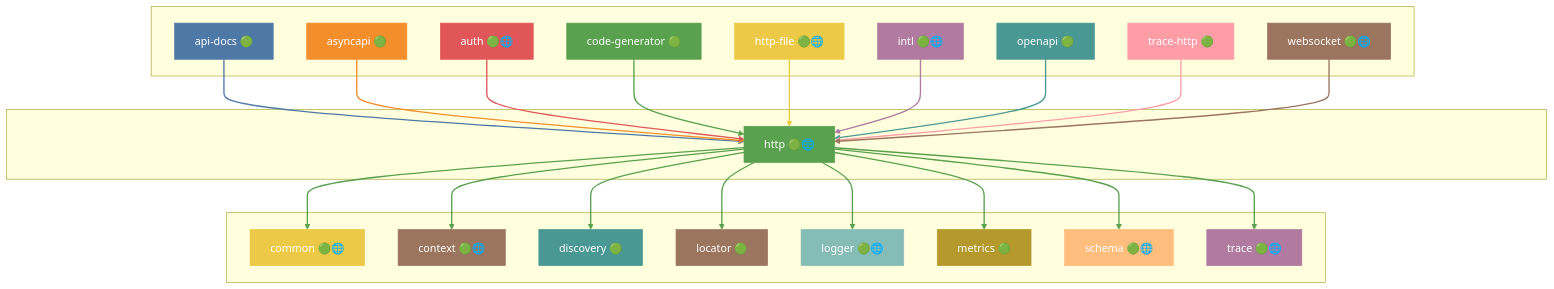
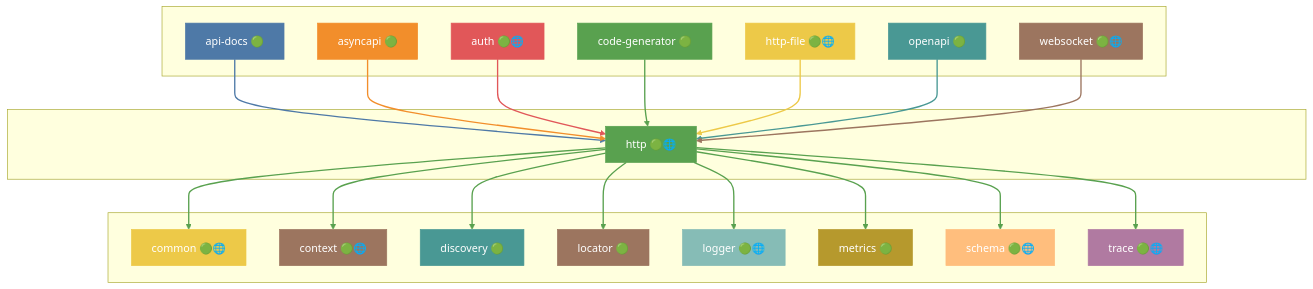
Diagram 24 of 46 in docs/DEPENDENCIES.md (grest-ts/grest-ts), drawn with Mermaid before and after one commit. The commit also changed other lines of this file and 15 other files, not shown here.

First line of the commit message:
Update docs to unified middleware API; refresh dependency graph

````diff
--- a/docs/DEPENDENCIES.md
+++ b/docs/DEPENDENCIES.md
@@ -1139,79 +1157,71 @@
 ```mermaid
 flowchart TB
     subgraph Dependents[" "]
         api-docs["api-docs 🟢"]
         asyncapi["asyncapi 🟢"]
         auth["auth 🟢🌐"]
         code-generator["code-generator 🟢"]
         http-file["http-file 🟢🌐"]
-        intl["intl 🟢🌐"]
         openapi["openapi 🟢"]
-        trace-http["trace-http 🟢"]
         websocket["websocket 🟢🌐"]
     end
     subgraph Package[" "]
         http["http 🟢🌐"]
     end
     subgraph Dependencies[" "]
         common["common 🟢🌐"]
         context["context 🟢🌐"]
         discovery["discovery 🟢"]
         locator["locator 🟢"]
         logger["logger 🟢🌐"]
         metrics["metrics 🟢"]
         schema["schema 🟢🌐"]
         trace["trace 🟢🌐"]
     end
     api-docs --> http
     asyncapi --> http
     auth --> http
     code-generator --> http
     http-file --> http
-    intl --> http
     openapi --> http
-    trace-http --> http
     websocket --> http
     http --> common
     http --> context
     http --> discovery
     http --> locator
     http --> logger
     http --> metrics
     http --> schema
     http --> trace
     style http fill:#59A14F,stroke:#59A14F,color:#fff
     style api-docs fill:#4E79A7,stroke:#4E79A7,color:#fff
     style asyncapi fill:#F28E2B,stroke:#F28E2B,color:#fff
     style auth fill:#E15759,stroke:#E15759,color:#fff
     style code-generator fill:#59A14F,stroke:#59A14F,color:#fff
     style http-file fill:#EDC948,stroke:#EDC948,color:#fff
-    style intl fill:#B07AA1,stroke:#B07AA1,color:#fff
     style openapi fill:#499894,stroke:#499894,color:#fff
-    style trace-http fill:#FF9DA7,stroke:#FF9DA7,color:#fff
     style websocket fill:#9C755F,stroke:#9C755F,color:#fff
     style common fill:#EDC948,stroke:#EDC948,color:#fff
     style context fill:#9C755F,stroke:#9C755F,color:#fff
     style discovery fill:#499894,stroke:#499894,color:#fff
     style locator fill:#9C755F,stroke:#9C755F,color:#fff
     style logger fill:#86BCB6,stroke:#86BCB6,color:#fff
     style metrics fill:#B6992D,stroke:#B6992D,color:#fff
     style schema fill:#FFBE7D,stroke:#FFBE7D,color:#fff
     style trace fill:#B07AA1,stroke:#B07AA1,color:#fff
     linkStyle 0 stroke:#4E79A7,stroke-width:2px
     linkStyle 1 stroke:#F28E2B,stroke-width:2px
     linkStyle 2 stroke:#E15759,stroke-width:2px
     linkStyle 3 stroke:#59A14F,stroke-width:2px
     linkStyle 4 stroke:#EDC948,stroke-width:2px
-    linkStyle 5 stroke:#B07AA1,stroke-width:2px
-    linkStyle 6 stroke:#499894,stroke-width:2px
-    linkStyle 7 stroke:#FF9DA7,stroke-width:2px
-    linkStyle 8 stroke:#9C755F,stroke-width:2px
+    linkStyle 5 stroke:#499894,stroke-width:2px
+    linkStyle 6 stroke:#9C755F,stroke-width:2px
+    linkStyle 7 stroke:#59A14F,stroke-width:2px
+    linkStyle 8 stroke:#59A14F,stroke-width:2px
     linkStyle 9 stroke:#59A14F,stroke-width:2px
     linkStyle 10 stroke:#59A14F,stroke-width:2px
     linkStyle 11 stroke:#59A14F,stroke-width:2px
     linkStyle 12 stroke:#59A14F,stroke-width:2px
     linkStyle 13 stroke:#59A14F,stroke-width:2px
     linkStyle 14 stroke:#59A14F,stroke-width:2px
-    linkStyle 15 stroke:#59A14F,stroke-width:2px
-    linkStyle 16 stroke:#59A14F,stroke-width:2px
 ```
````
